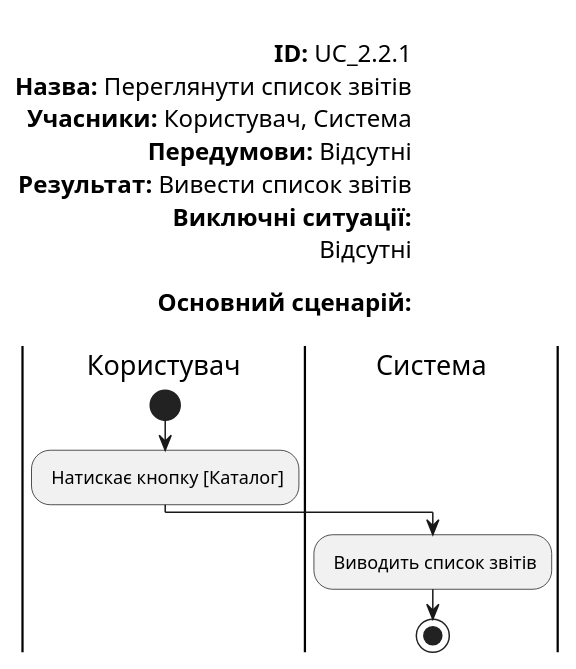
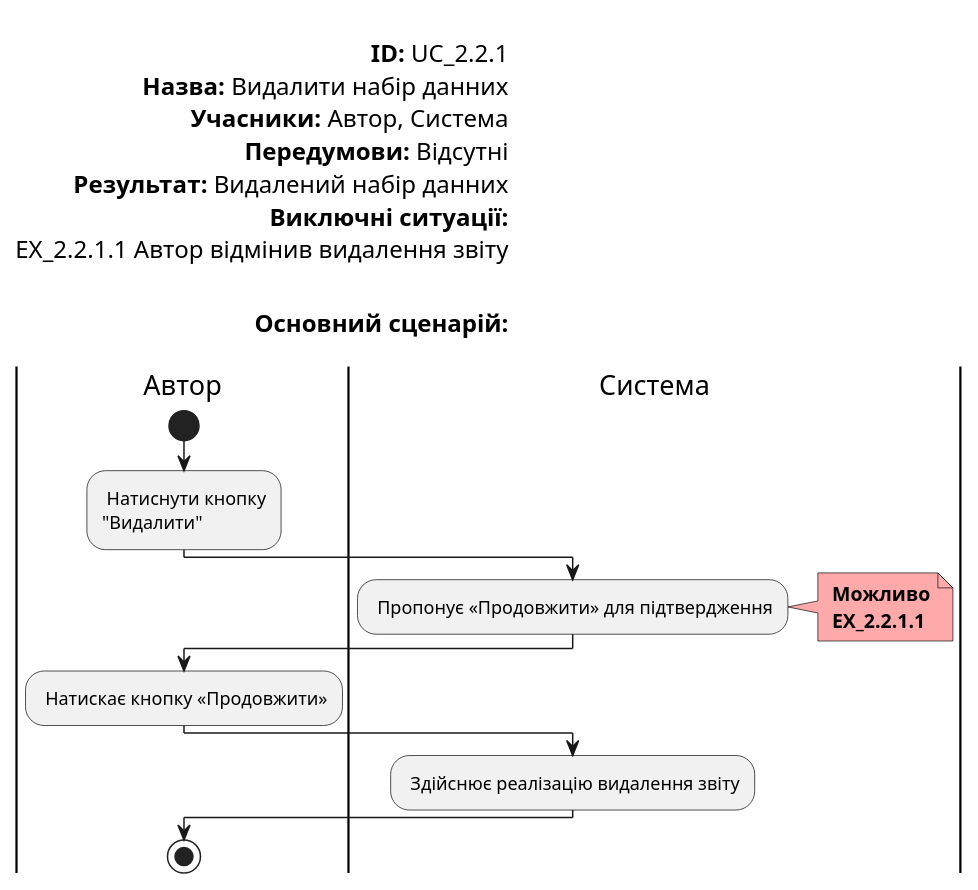
Before and after one commit to boldak/database_basics_template: the diagram in src/uml/UC_2.2.1.puml, drawn with PlantUML.

```diff
--- a/src/uml/UC_2.2.1.puml
+++ b/src/uml/UC_2.2.1.puml
@@ -1,22 +1,33 @@
 @startuml
 left header
         
         <font color=000 size=16><b>ID:</b> UC_2.2.1
-        <font color=000 size=16><b>Назва:</b> Переглянути список звітів
-        <font color=000 size=16><b>Учасники:</b> Користувач, Система
+        <font color=000 size=16><b>Назва:</b> Видалити набір данних
+        <font color=000 size=16><b>Учасники:</b> Автор, Система
         <font color=000 size=16><b>Передумови:</b> Відсутні
-        <font color=000 size=16><b>Результат:</b> Вивести список звітів
-        <font color=000 size=16><b>Виключні ситуації:</b>
-        <font color=000 size=16> Відсутні
+        <font color=000 size=16><b>Результат:</b> Видалений набір данних
+        <font color=000 size=16><b>Виключні ситуації:</b> 
+        <font color=000 size=16> EX_2.2.1.1 Автор відмінив видалення звіту
+        
         
         <font color=000 size=16><b>Основний сценарій:</b>
         
     end header
 
-    |Користувач|
+    |Автор|
         start
-        : Натискає кнопку [Каталог];
+        : Натиснути кнопку
+        "Видалити";
     |Система|
-        : Виводить список звітів;
+        : Пропонує «Продовжити» для підтвердження;
+        note right #ffaaaa
+        <b> Можливо
+        <b> EX_2.2.1.1
+        end note
+    |Автор|
+        : Натискає кнопку «Продовжити»;
+    |Система|
+        : Здійснює реалізацію видалення звіту;
+    |Автор|
         stop;
 @enduml
```
